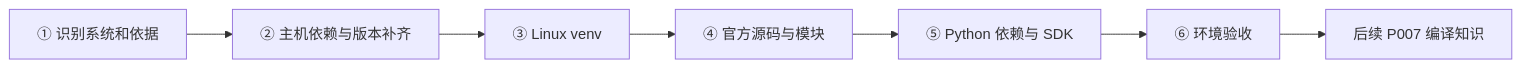
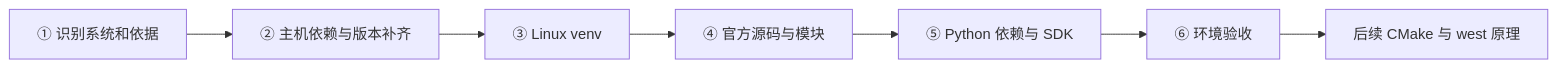
The first of 2 diagrams in learning/P01_zephyr_make_project/P001_官方环境安装与源码准备_Linux.md (FormingSystem/zephyr_hc32f4a0), drawn with Mermaid before and after one commit. The commit also changed other lines of this file and 3894 other files, not shown here.

````diff
--- a/learning/P01_zephyr_make_project/P001_官方环境安装与源码准备_Linux.md
+++ b/learning/P01_zephyr_make_project/P001_官方环境安装与源码准备_Linux.md
@@ -20,9 +20,9 @@
 ```mermaid
 flowchart LR
     A[① 识别系统和依据] --> B[② 主机依赖与版本补齐]
     B --> C[③ Linux venv]
     C --> D[④ 官方源码与模块]
     D --> E[⑤ Python 依赖与 SDK]
     E --> F[⑥ 环境验收]
-    F --> G[后续 P007 编译知识]
+    F --> G[后续 CMake 与 west 原理]
 ```
````
